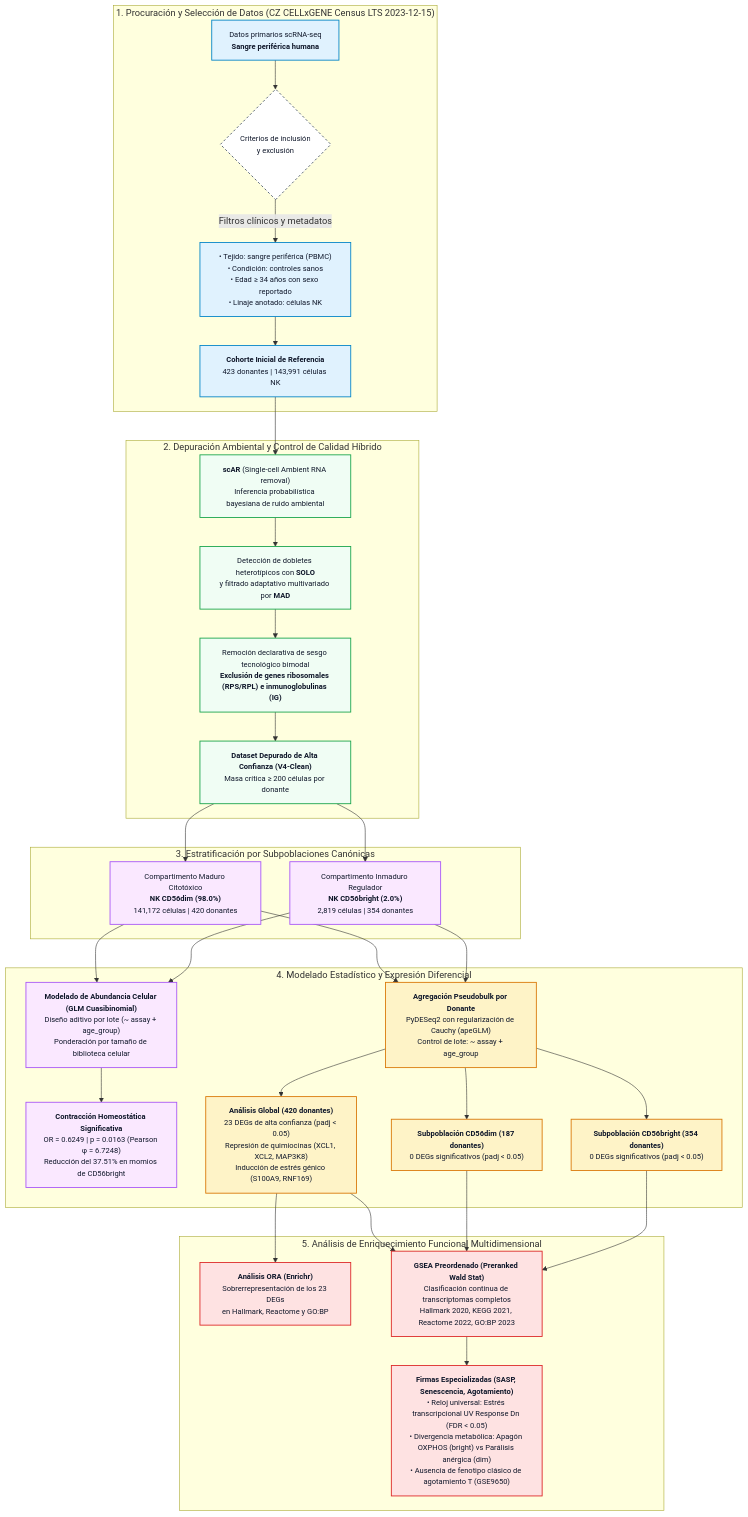
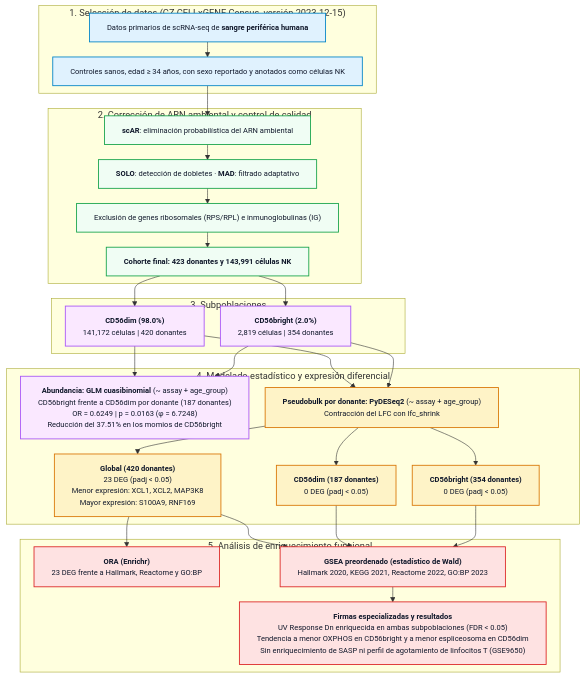
One commit to Alfred3005/NK_main_branch changed the diagram in docs/figura2_flujo_metodologico.mmd. Above: the diagram before and after it, drawn with Mermaid. The commit also changed 20 other files, not shown here.

```diff
--- a/docs/figura2_flujo_metodologico.mmd
+++ b/docs/figura2_flujo_metodologico.mmd
@@ -1,42 +1,38 @@
+%%{init: {"flowchart": {"wrappingWidth": 520, "nodeSpacing": 28, "rankSpacing": 26}}}%%
 graph TD
     %% Estilos de Nodos y Clases
     classDef procurement fill:#e0f2fe,stroke:#0284c7,stroke-width:1.5px,color:#0f172a,font-size:13px;
     classDef preprocessing fill:#f0fdf4,stroke:#16a34a,stroke-width:1.5px,color:#0f172a,font-size:13px;
     classDef pseudobulk fill:#fef3c7,stroke:#d97706,stroke-width:1.5px,color:#0f172a,font-size:13px;
     classDef abundance fill:#fae8ff,stroke:#a855f7,stroke-width:1.5px,color:#0f172a,font-size:13px;
     classDef functional fill:#fee2e2,stroke:#dc2626,stroke-width:1.5px,color:#0f172a,font-size:13px;
-    classDef decision fill:#ffffff,stroke:#475569,stroke-width:1.5px,stroke-dasharray: 4 4,color:#0f172a,font-size:13px;
 
-    subgraph SEC1 ["1. Procuración y Selección de Datos (CZ CELLxGENE Census LTS 2023-12-15)"]
-        A["Datos primarios scRNA-seq<br><b>Sangre periférica humana</b>"]:::procurement --> B{"Criterios de inclusión<br>y exclusión"}:::decision
-        B -->|"Filtros clínicos y metadatos"| C["• Tejido: sangre periférica (PBMC)<br>• Condición: controles sanos<br>• Edad ≥ 34 años con sexo reportado<br>• Linaje anotado: células NK"]:::procurement
-        C --> D["<b>Cohorte Inicial de Referencia</b><br>423 donantes | 143,991 células NK"]:::procurement
+    subgraph SEC1 ["1. Selección de datos (CZ CELLxGENE Census, versión 2023-12-15)"]
+        A0["Datos primarios de scRNA-seq de <b>sangre periférica humana</b>"]:::procurement --> A["Controles sanos, edad ≥ 34 años, con sexo reportado y anotados como células NK"]:::procurement
     end
 
-    subgraph SEC2 ["2. Depuración Ambiental y Control de Calidad Híbrido"]
-        D --> E["<b>scAR</b> (Single-cell Ambient RNA removal)<br>Inferencia probabilística bayesiana de ruido ambiental"]:::preprocessing
-        E --> F["Detección de dobletes heterotípicos con <b>SOLO</b><br>y filtrado adaptativo multivariado por <b>MAD</b>"]:::preprocessing
-        F --> G["Remoción declarativa de sesgo tecnológico bimodal<br><b>Exclusión de genes ribosomales (RPS/RPL) e inmunoglobulinas (IG)</b>"]:::preprocessing
-        G --> H["<b>Dataset Depurado de Alta Confianza (V4-Clean)</b><br>Masa crítica ≥ 200 células por donante"]:::preprocessing
+    subgraph SEC2 ["2. Corrección de ARN ambiental y control de calidad"]
+        A --> E["<b>scAR</b>: eliminación probabilística del ARN ambiental"]:::preprocessing
+        E --> F["<b>SOLO</b>: detección de dobletes · <b>MAD</b>: filtrado adaptativo"]:::preprocessing
+        F --> G["Exclusión de genes ribosomales (RPS/RPL) e inmunoglobulinas (IG)"]:::preprocessing
+        G --> H["<b>Cohorte final: 423 donantes y 143,991 células NK</b>"]:::preprocessing
     end
 
-    subgraph SEC3 ["3. Estratificación por Subpoblaciones Canónicas"]
-        H --> I["Compartimento Maduro Citotóxico<br><b>NK CD56dim (98.0%)</b><br>141,172 células | 420 donantes"]:::abundance
-        H --> J["Compartimento Inmaduro Regulador<br><b>NK CD56bright (2.0%)</b><br>2,819 células | 354 donantes"]:::abundance
+    subgraph SEC3 ["3. Subpoblaciones"]
+        H --> I["<b>CD56dim (98.0%)</b><br>141,172 células | 420 donantes"]:::abundance
+        H --> J["<b>CD56bright (2.0%)</b><br>2,819 células | 354 donantes"]:::abundance
     end
 
-    subgraph SEC4 ["4. Modelado Estadístico y Expresión Diferencial"]
-        I & J --> K["<b>Modelado de Abundancia Celular (GLM Cuasibinomial)</b><br>Diseño aditivo por lote (~ assay + age_group)<br>Ponderación por tamaño de biblioteca celular"]:::abundance
-        K --> K1["<b>Contracción Homeostática Significativa</b><br>OR = 0.6249 | p = 0.0163 (Pearson φ = 6.7248)<br>Reducción del 37.51% en momios de CD56bright"]:::abundance
-
-        I & J --> L["<b>Agregación Pseudobulk por Donante</b><br>PyDESeq2 con regularización de Cauchy (apeGLM)<br>Control de lote: ~ assay + age_group"]:::pseudobulk
-        L --> M["<b>Análisis Global (420 donantes)</b><br>23 DEGs de alta confianza (padj < 0.05)<br>Represión de quimiocinas (XCL1, XCL2, MAP3K8)<br>Inducción de estrés génico (S100A9, RNF169)"]:::pseudobulk
-        L --> N["<b>Subpoblación CD56dim (187 donantes)</b><br>0 DEGs significativos (padj < 0.05)"]:::pseudobulk
-        L --> O["<b>Subpoblación CD56bright (354 donantes)</b><br>0 DEGs significativos (padj < 0.05)"]:::pseudobulk
+    subgraph SEC4 ["4. Modelado estadístico y expresión diferencial"]
+        I & J --> K["<b>Abundancia: GLM cuasibinomial</b> (~ assay + age_group)<br>CD56bright frente a CD56dim por donante (187 donantes)<br>OR = 0.6249 | p = 0.0163 (φ = 6.7248)<br>Reducción del 37.51% en los momios de CD56bright"]:::abundance
+        I & J --> L["<b>Pseudobulk por donante: PyDESeq2</b> (~ assay + age_group)<br>Contracción del LFC con lfc_shrink"]:::pseudobulk
+        L --> M["<b>Global (420 donantes)</b><br>23 DEG (padj < 0.05)<br>Menor expresión: XCL1, XCL2, MAP3K8<br>Mayor expresión: S100A9, RNF169"]:::pseudobulk
+        L --> N["<b>CD56dim (187 donantes)</b><br>0 DEG (padj < 0.05)"]:::pseudobulk
+        L --> O["<b>CD56bright (354 donantes)</b><br>0 DEG (padj < 0.05)"]:::pseudobulk
     end
 
-    subgraph SEC5 ["5. Análisis de Enriquecimiento Funcional Multidimensional"]
-        M --> P["<b>Análisis ORA (Enrichr)</b><br>Sobrerrepresentación de los 23 DEGs<br>en Hallmark, Reactome y GO:BP"]:::functional
-        M & N & O --> Q["<b>GSEA Preordenado (Preranked Wald Stat)</b><br>Clasificación continua de transcriptomas completos<br>Hallmark 2020, KEGG 2021, Reactome 2022, GO:BP 2023"]:::functional
-        Q --> R["<b>Firmas Especializadas (SASP, Senescencia, Agotamiento)</b><br>• Reloj universal: Estrés transcripcional UV Response Dn (FDR < 0.05)<br>• Divergencia metabólica: Apagón OXPHOS (bright) vs Parálisis anérgica (dim)<br>• Ausencia de fenotipo clásico de agotamiento T (GSE9650)"]:::functional
+    subgraph SEC5 ["5. Análisis de enriquecimiento funcional"]
+        M --> P["<b>ORA (Enrichr)</b><br>23 DEG frente a Hallmark, Reactome y GO:BP"]:::functional
+        M & N & O --> Q["<b>GSEA preordenado (estadístico de Wald)</b><br>Hallmark 2020, KEGG 2021, Reactome 2022, GO:BP 2023"]:::functional
+        Q --> R["<b>Firmas especializadas y resultados</b><br>UV Response Dn enriquecida en ambas subpoblaciones (FDR < 0.05)<br>Tendencia a menor OXPHOS en CD56bright y a menor espliceosoma en CD56dim<br>Sin enriquecimiento de SASP ni perfil de agotamiento de linfocitos T (GSE9650)"]:::functional
     end
```
